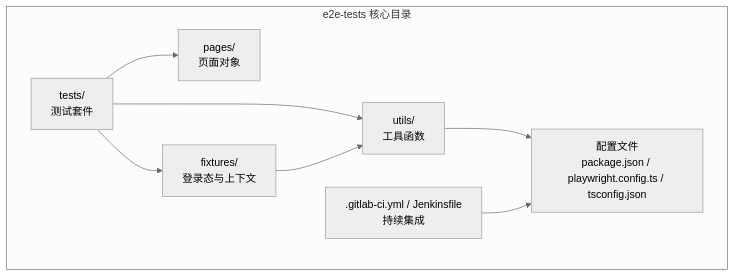
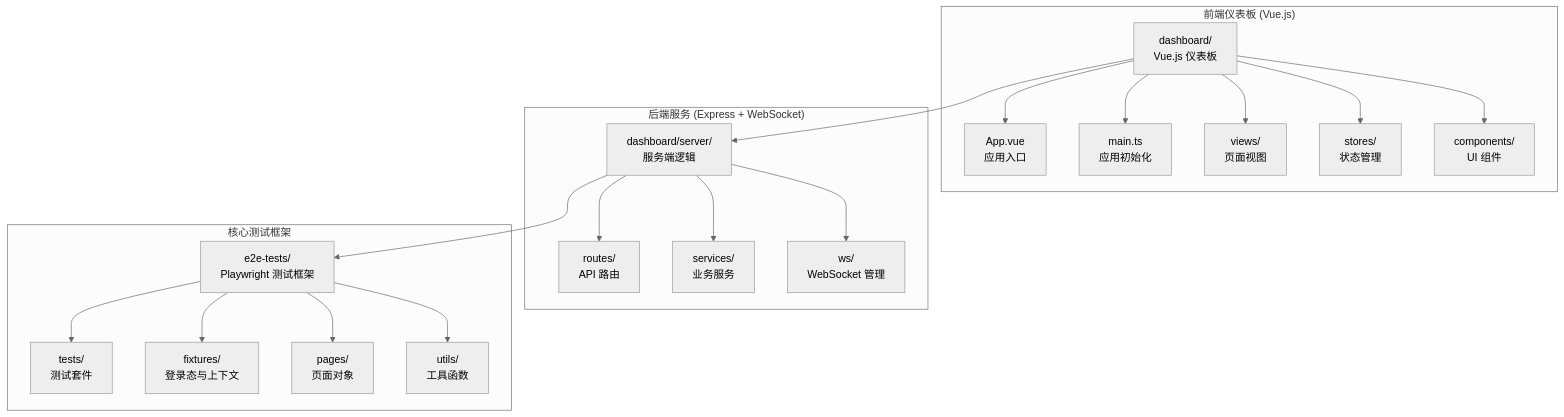
Before and after one commit to zzgoviziwind/--playwright: the first of 4 diagrams in .qoder/repowiki/zh/content/开发者指南/开发环境设置.md, drawn with Mermaid (neutral theme). The commit also changed other lines of this file and 112 other files, not shown here.

````diff
--- a/.qoder/repowiki/zh/content/开发者指南/开发环境设置.md
+++ b/.qoder/repowiki/zh/content/开发者指南/开发环境设置.md
@@ -40,17 +60,26 @@
 ```mermaid
 graph TB
-subgraph "e2e-tests 核心目录"
-Tests["tests/<br/>测试套件"]
-Fixtures["fixtures/<br/>登录态与上下文"]
-Pages["pages/<br/>页面对象"]
-Utils["utils/<br/>工具函数"]
-Configs["配置文件<br/>package.json / playwright.config.ts / tsconfig.json"]
-CICD[".gitlab-ci.yml / Jenkinsfile<br/>持续集成"]
+subgraph "前端仪表板 (Vue.js)"
+Dashboard["dashboard/<br/>Vue.js 仪表板"]
+Dashboard --> App["App.vue<br/>应用入口"]
+Dashboard --> Main["main.ts<br/>应用初始化"]
+Dashboard --> Views["views/<br/>页面视图"]
+Dashboard --> Stores["stores/<br/>状态管理"]
+Dashboard --> Components["components/<br/>UI 组件"]
 end
-Tests --> Pages
-Tests --> Fixtures
-Tests --> Utils
-Fixtures --> Utils
-Utils --> Configs
-CICD --> Configs
+subgraph "后端服务 (Express + WebSocket)"
+Backend["dashboard/server/<br/>服务端逻辑"]
+Backend --> Routes["routes/<br/>API 路由"]
+Backend --> Services["services/<br/>业务服务"]
+Backend --> WS["ws/<br/>WebSocket 管理"]
+end
+subgraph "核心测试框架"
+Core["e2e-tests/<br/>Playwright 测试框架"]
+Core --> Tests["tests/<br/>测试套件"]
+Core --> Fixtures["fixtures/<br/>登录态与上下文"]
+Core --> Pages["pages/<br/>页面对象"]
+Core --> Utils["utils/<br/>工具函数"]
+end
+Dashboard --> Backend
+Backend --> Core
 ```
````
